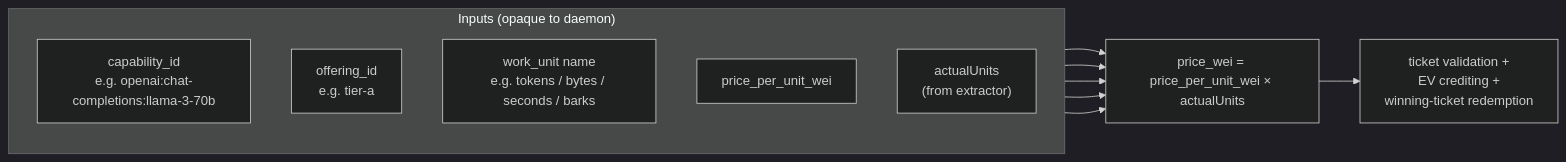
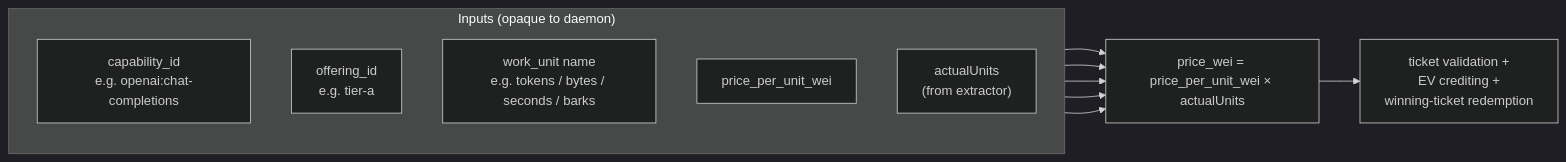
Before and after one commit to Cloud-SPE/livepeer-network-modules: the diagram in docs/design-docs/payment-decoupling.md, drawn with Mermaid (dark theme). The commit also changed other lines of this file and 16 other files, not shown here.

````diff
--- a/docs/design-docs/payment-decoupling.md
+++ b/docs/design-docs/payment-decoupling.md
@@ -32,21 +32,21 @@
 ```mermaid
 flowchart LR
     subgraph in["Inputs (opaque to daemon)"]
         direction TB
-        Cap["capability_id<br/>e.g. openai:chat-completions:llama-3-70b"]
+        Cap["capability_id<br/>e.g. openai:chat-completions"]
         Off["offering_id<br/>e.g. tier-a"]
         WU["work_unit name<br/>e.g. tokens / bytes / seconds / barks"]
         Price["price_per_unit_wei"]
         Units["actualUnits<br/>(from extractor)"]
     end
 
     Arith["price_wei = price_per_unit_wei × actualUnits"]
     Ticket["ticket validation +<br/>EV crediting +<br/>winning-ticket redemption"]
 
     Cap --> Arith
     Off --> Arith
     WU --> Arith
     Price --> Arith
     Units --> Arith
     Arith --> Ticket
 ```
````
